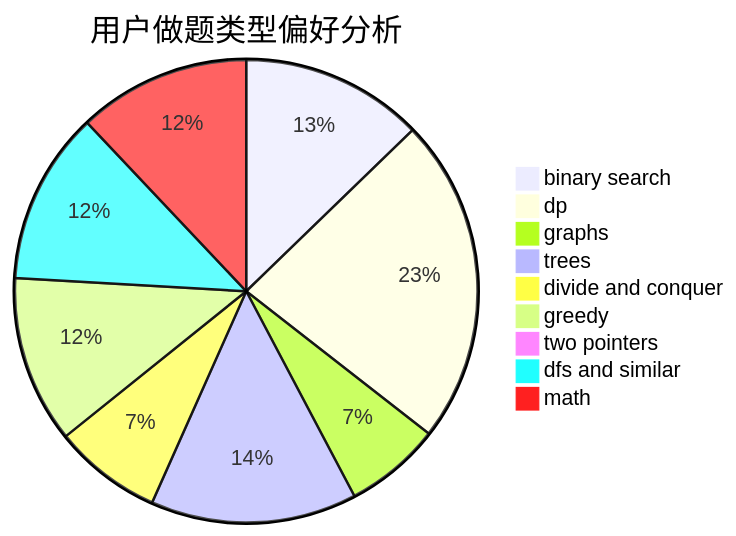
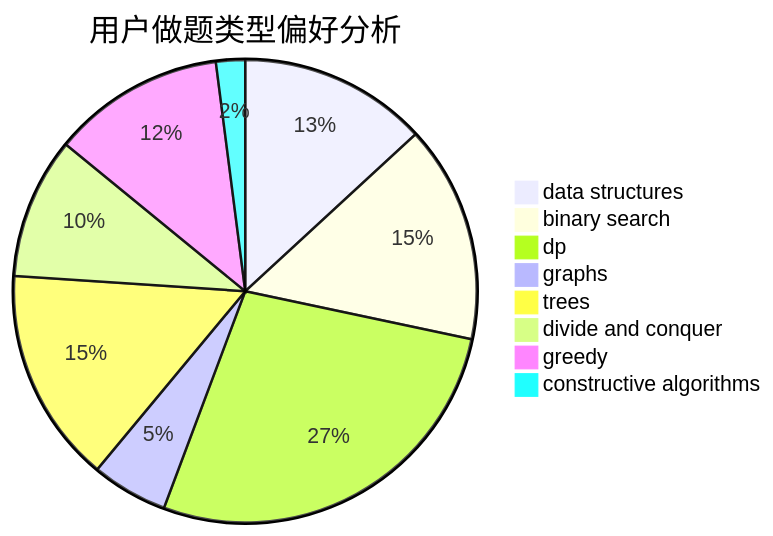
Before and after one commit to sherpahu/cfrs.github.io: the second of 3 diagrams in docs/user/u21.md, drawn with Mermaid. The commit also changed other lines of this file and 2775 other files, not shown here.

````diff
--- a/docs/user/u21.md
+++ b/docs/user/u21.md
@@ -23,12 +23,11 @@
 ```mermaid
 pie title 用户做题类型偏好分析
-    "binary search" :  108
-    "dp" :  193
-    "graphs" :  57
-    "trees" :  122
-    "divide and conquer" :  64
-    "greedy" :  99
-    "two pointers" :  7
-    "dfs and similar" :  102
-    "math" :  102
+    "data structures" :  84
+    "binary search" :  97
+    "dp" :  175
+    "graphs" :  34
+    "trees" :  96
+    "divide and conquer" :  63
+    "greedy" :  77
+    "constructive algorithms" :  13
 ```
````
